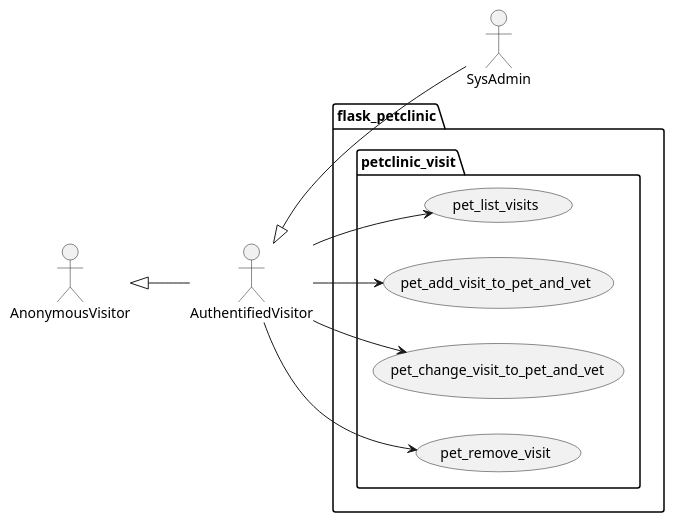
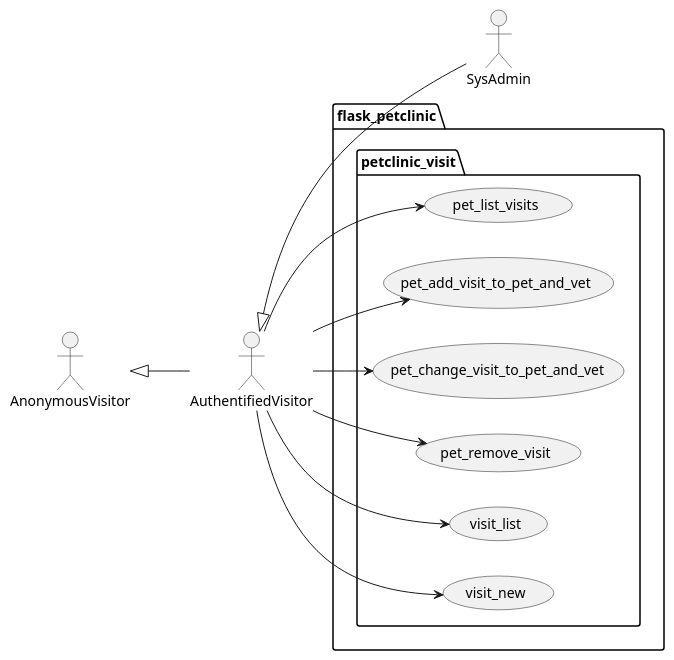
Before and after one commit to Jakarta-EE-Petclinic/petclinic_flask: the diagram in project/petclinic_model/visit.puml, drawn with PlantUML. The commit also changed 12 other files, not shown here.

```diff
--- a/project/petclinic_model/visit.puml
+++ b/project/petclinic_model/visit.puml
@@ -1,27 +1,31 @@
 @startuml
 left to right direction
 
 actor AnonymousVisitor as av
 actor AuthentifiedVisitor as au
 actor SysAdmin as sa
 
 av <|-- au
 au <|-- sa
 
 package flask_petclinic {
 
     package petclinic_visit {
 
         usecase pet_list_visits as uc7000
         usecase pet_add_visit_to_pet_and_vet as uc7001
         usecase pet_change_visit_to_pet_and_vet as uc7002
         usecase pet_remove_visit as uc7003
+        usecase visit_list as uc7004
+        usecase visit_new as uc7005
 
         au --> uc7000
         au --> uc7001
         au --> uc7002
         au --> uc7003
+        au --> uc7004
+        au --> uc7005
     }
 
 }
 @enduml
```
